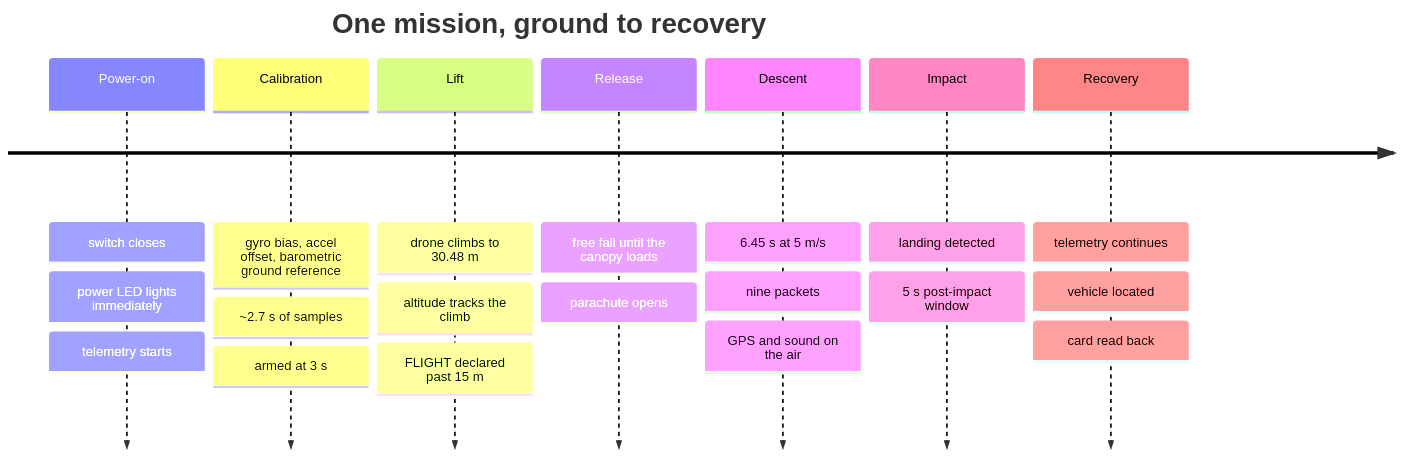
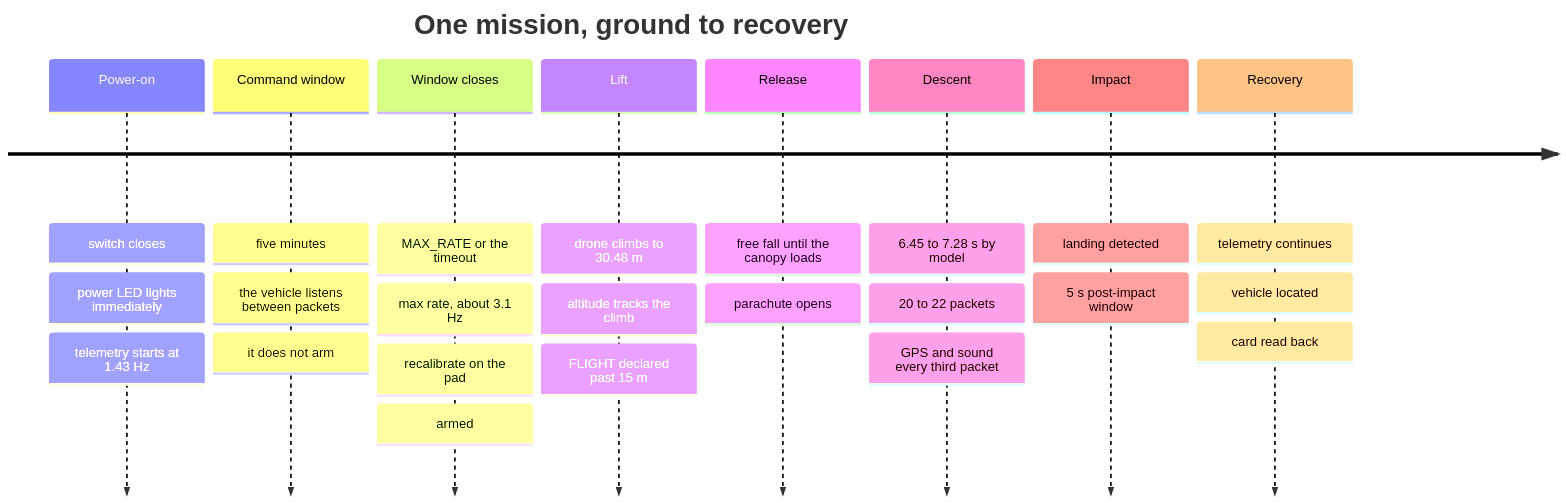
Before and after one commit to KunjSorathiya/CanSat-2026: the diagram in documentation/mission/concept-of-operations.md, drawn with Mermaid. The commit also changed other lines of this file and 27 other files, not shown here.

````diff
--- a/documentation/mission/concept-of-operations.md
+++ b/documentation/mission/concept-of-operations.md
@@ -43,11 +45,12 @@
 ```mermaid
 timeline
     title One mission, ground to recovery
-    Power-on : switch closes : power LED lights immediately : telemetry starts
-    Calibration : gyro bias, accel offset, barometric ground reference : ~2.7 s of samples : armed at 3 s
+    Power-on : switch closes : power LED lights immediately : telemetry starts at 1.43 Hz
+    Command window : five minutes : the vehicle listens between packets : it does not arm
+    Window closes : MAX_RATE or the timeout : max rate, about 3.1 Hz : recalibrate on the pad : armed
     Lift : drone climbs to 30.48 m : altitude tracks the climb : FLIGHT declared past 15 m
     Release : free fall until the canopy loads : parachute opens
-    Descent : 6.45 s at 5 m/s : nine packets : GPS and sound on the air
+    Descent : 6.45 to 7.28 s by model : 20 to 22 packets : GPS and sound every third packet
     Impact : landing detected : 5 s post-impact window
     Recovery : telemetry continues : vehicle located : card read back
 ```
````
